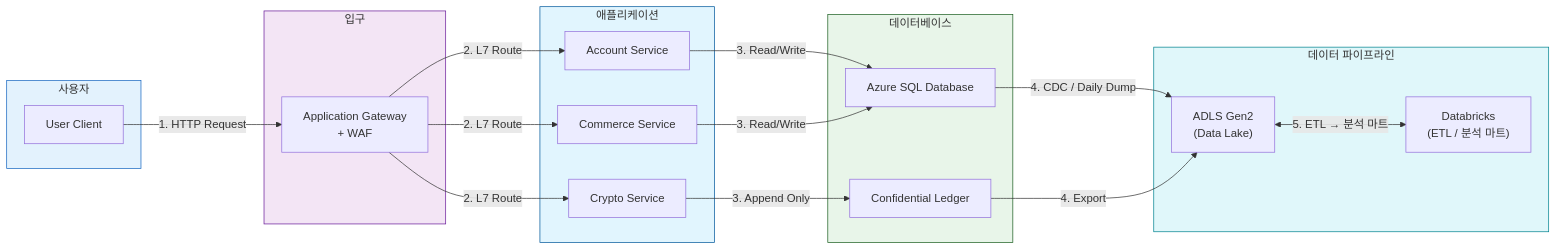
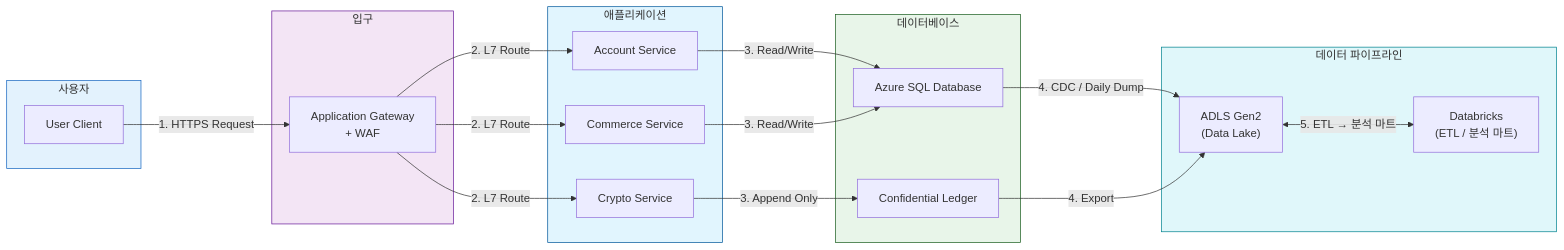
One commit to Naver-Dunamu-Merge-TF/NSC-infra changed diagram 12 of 16 in README.md. Above: the diagram before and after it, drawn with Mermaid. The commit also changed other lines of this file, not shown here.

````diff
--- a/README.md
+++ b/README.md
@@ -1311,47 +1311,47 @@
 ```mermaid
 flowchart LR
     subgraph Client["사용자"]
         User["User Client"]
     end
 
     subgraph Ingress["입구"]
         AppGW["Application Gateway\n+ WAF"]
     end
 
     subgraph App["애플리케이션"]
         AccSvc["Account Service"]
         ComSvc["Commerce Service"]
         CrySvc["Crypto Service"]
     end
 
     subgraph DB["데이터베이스"]
         SqlDB["Azure SQL Database"]
         ConfLedger["Confidential Ledger"]
     end
 
     subgraph Pipeline["데이터 파이프라인"]
         DataLake["ADLS Gen2\n(Data Lake)"]
         Databricks["Databricks\n(ETL / 분석 마트)"]
     end
 
     %% Data Flow
-    User -->|"1. HTTP Request"| AppGW
+    User -->|"1. HTTPS Request"| AppGW
     AppGW -->|"2. L7 Route"| AccSvc
     AppGW -->|"2. L7 Route"| ComSvc
     AppGW -->|"2. L7 Route"| CrySvc
 
     AccSvc -->|"3. Read/Write"| SqlDB
     ComSvc -->|"3. Read/Write"| SqlDB
     CrySvc -->|"3. Append Only"| ConfLedger
 
     SqlDB -->|"4. CDC / Daily Dump"| DataLake
     ConfLedger -->|"4. Export"| DataLake
     DataLake <-->|"5. ETL → 분석 마트"| Databricks
 
     %% Styles
     style Client fill:#e3f2fd,stroke:#1565c0
     style Ingress fill:#f3e5f5,stroke:#6a1b9a
     style App fill:#e1f5fe,stroke:#01579b
     style DB fill:#e8f5e9,stroke:#1b5e20
     style Pipeline fill:#e0f7fa,stroke:#00838f
 ```
````
